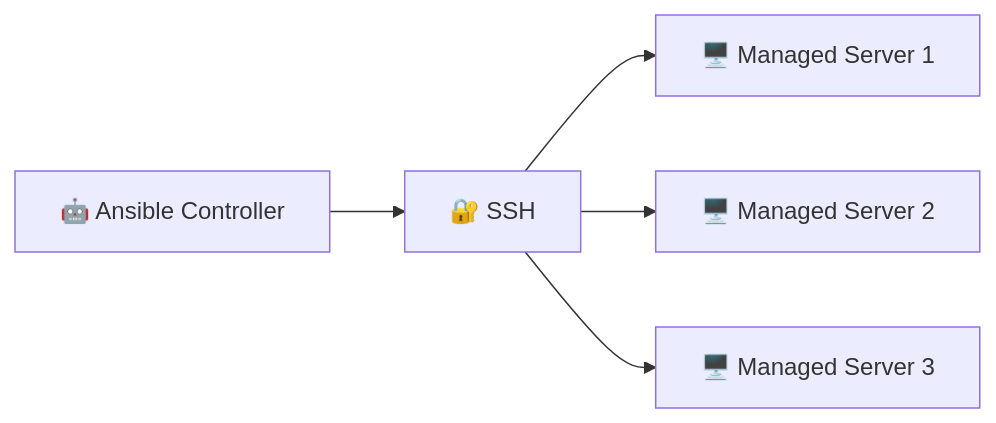
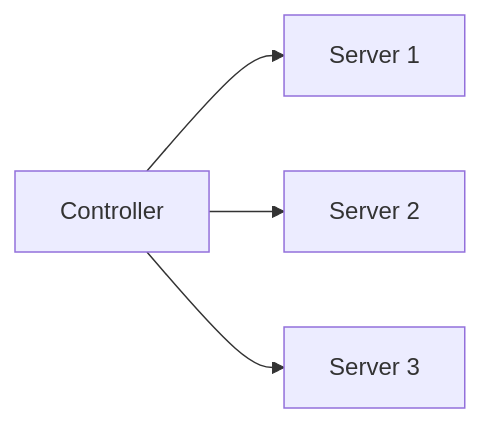
One commit to Yuvii2102/My-Devops-Cloud-Journey changed the ninth of 37 diagrams in DevOps-Labs-and-Projects/ Day-06 to Day-12/README.md. Above: the diagram before and after it, drawn with Mermaid. The commit also changed other lines of this file, not shown here.

````diff
--- a/DevOps-Labs-and-Projects/ Day-06 to Day-12/README.md
+++ b/DevOps-Labs-and-Projects/ Day-06 to Day-12/README.md
@@ -669,7 +478,6 @@
 ```mermaid
 flowchart LR
-    A["🤖 Ansible Controller"] --> B["🔐 SSH"]
-    B --> C["🖥️ Managed Server 1"]
-    B --> D["🖥️ Managed Server 2"]
-    B --> E["🖥️ Managed Server 3"]
+    A["Controller"] --> B["Server 1"]
+    A --> C["Server 2"]
+    A --> D["Server 3"]
 ```
````
